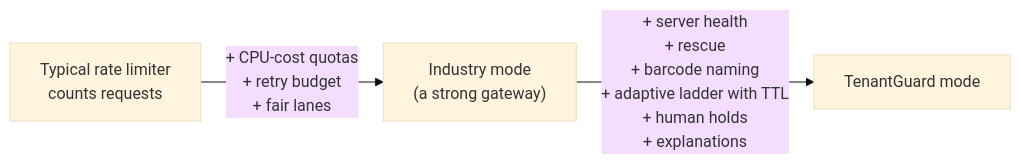
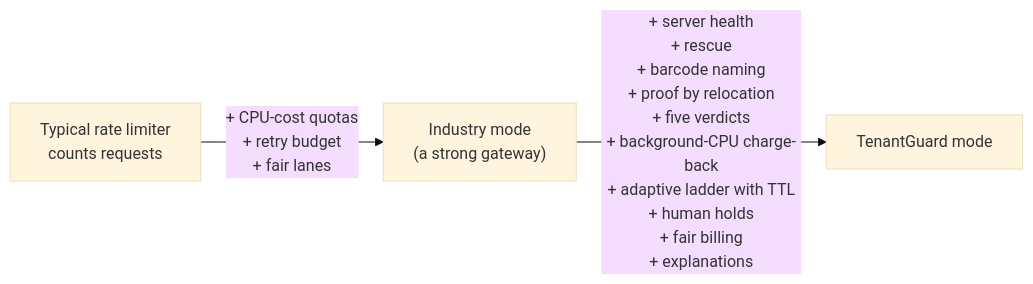
Before and after one commit to yashodeepchaudhari/tenantguard: the diagram in prototype-docs/07_UNIQUE_FEATURES.md, drawn with Mermaid (base theme). The commit also changed other lines of this file and 23 other files, not shown here.

Commit message:
Prototype docs: catalogs, sequences, config, risks and testing describe the final master; new billing catalog

````diff
--- a/prototype-docs/07_UNIQUE_FEATURES.md
+++ b/prototype-docs/07_UNIQUE_FEATURES.md
@@ -5,5 +5,5 @@
 ```mermaid
 flowchart LR
   RL["Typical rate limiter<br/>counts requests"] -->|"+ CPU-cost quotas<br/>+ retry budget<br/>+ fair lanes"| IND["Industry mode<br/>(a strong gateway)"]
-  IND -->|"+ server health<br/>+ rescue<br/>+ barcode naming<br/>+ adaptive ladder with TTL<br/>+ human holds<br/>+ explanations"| TG["TenantGuard mode"]
+  IND -->|"+ server health<br/>+ rescue<br/>+ barcode naming<br/>+ proof by relocation<br/>+ five verdicts<br/>+ background-CPU charge-back<br/>+ adaptive ladder with TTL<br/>+ human holds<br/>+ fair billing<br/>+ explanations"| TG["TenantGuard mode"]
 ```
````
